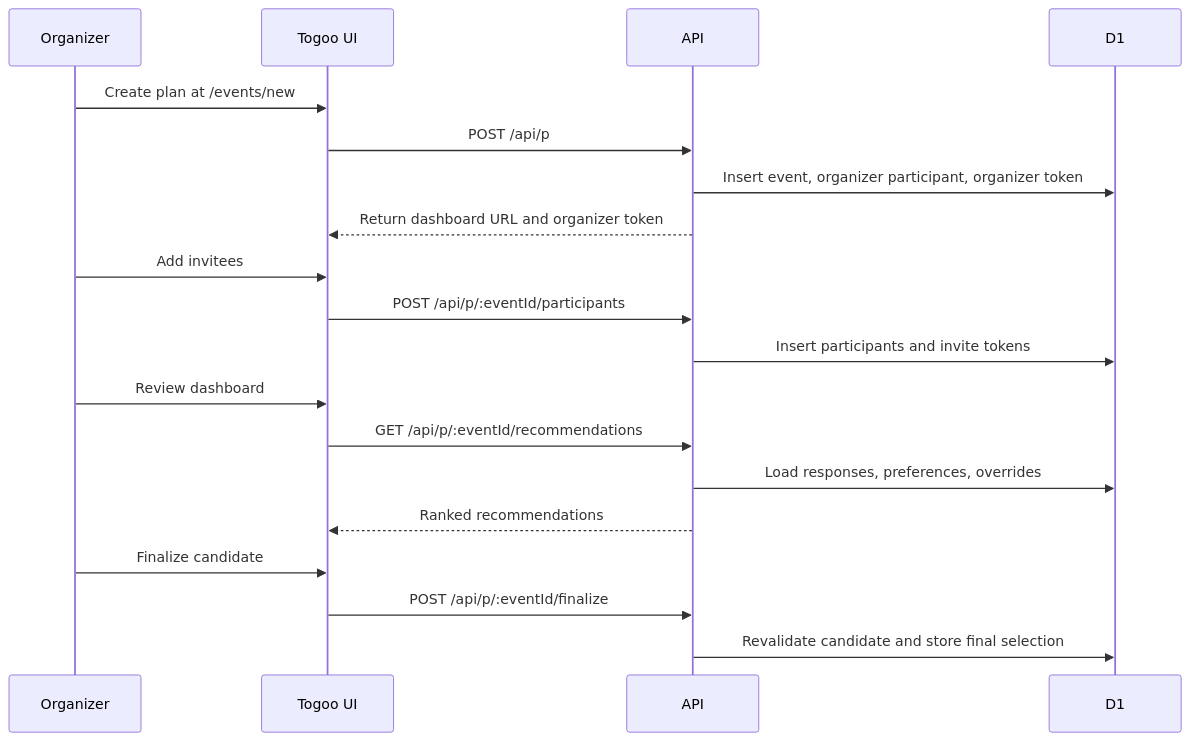
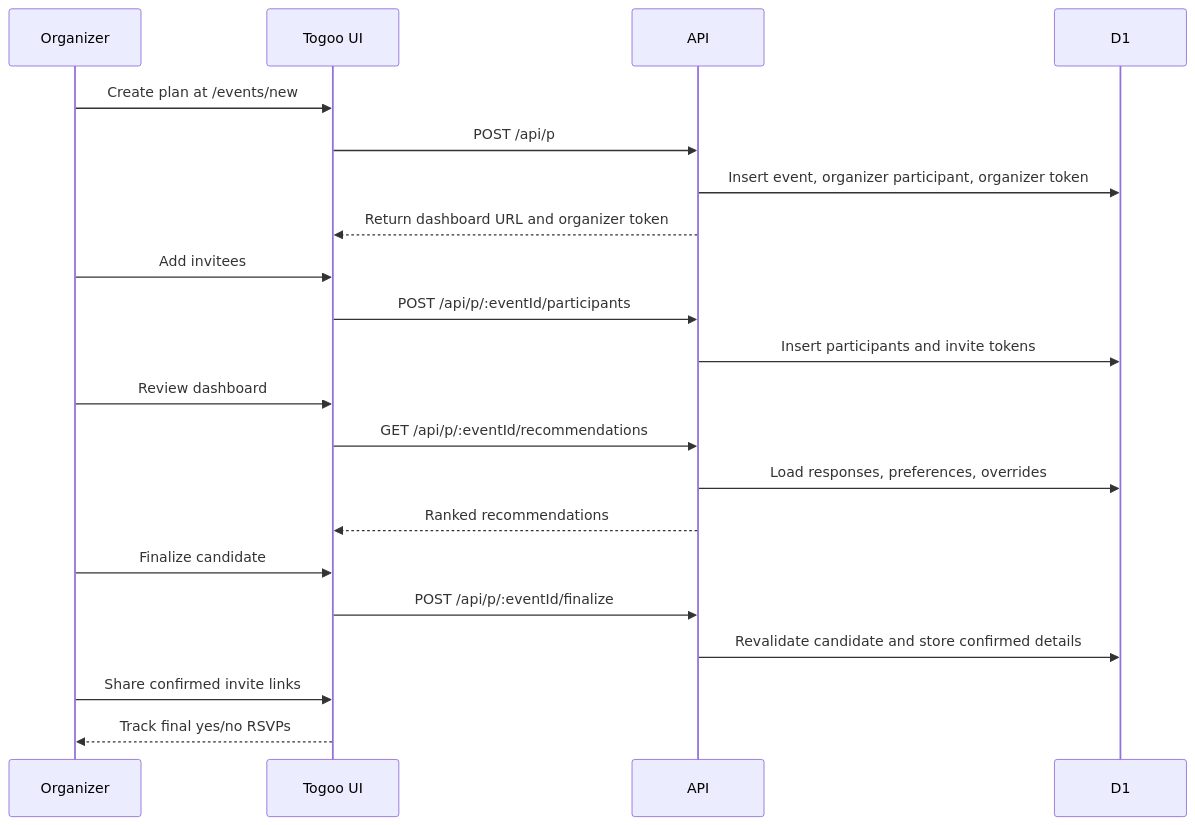
The second of 5 diagrams in README.md (anxkhn/togoo), drawn with Mermaid before and after one commit. The commit also changed other lines of this file and 12 other files, not shown here.

````diff
--- a/README.md
+++ b/README.md
@@ -83,22 +83,24 @@
 ```mermaid
 sequenceDiagram
     participant O as Organizer
     participant UI as Togoo UI
     participant API as API
     participant DB as D1
 
     O->>UI: Create plan at /events/new
     UI->>API: POST /api/p
     API->>DB: Insert event, organizer participant, organizer token
     API-->>UI: Return dashboard URL and organizer token
     O->>UI: Add invitees
     UI->>API: POST /api/p/:eventId/participants
     API->>DB: Insert participants and invite tokens
     O->>UI: Review dashboard
     UI->>API: GET /api/p/:eventId/recommendations
     API->>DB: Load responses, preferences, overrides
     API-->>UI: Ranked recommendations
     O->>UI: Finalize candidate
     UI->>API: POST /api/p/:eventId/finalize
-    API->>DB: Revalidate candidate and store final selection
+    API->>DB: Revalidate candidate and store confirmed details
+    O->>UI: Share confirmed invite links
+    UI-->>O: Track final yes/no RSVPs
 ```
````
